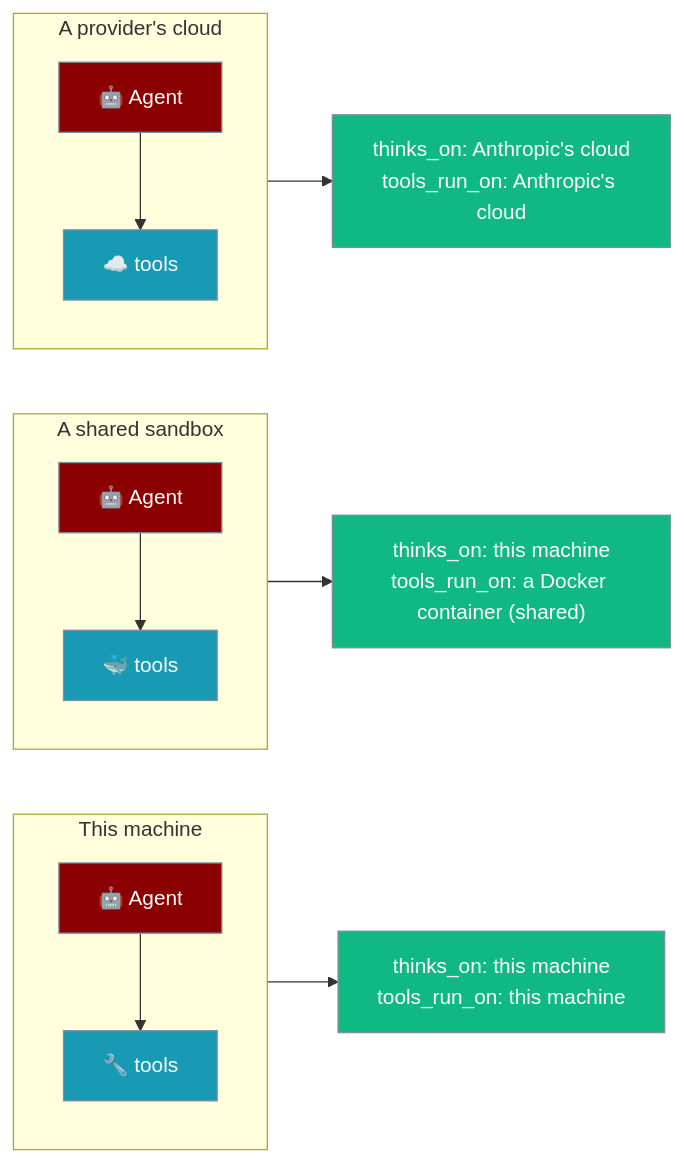
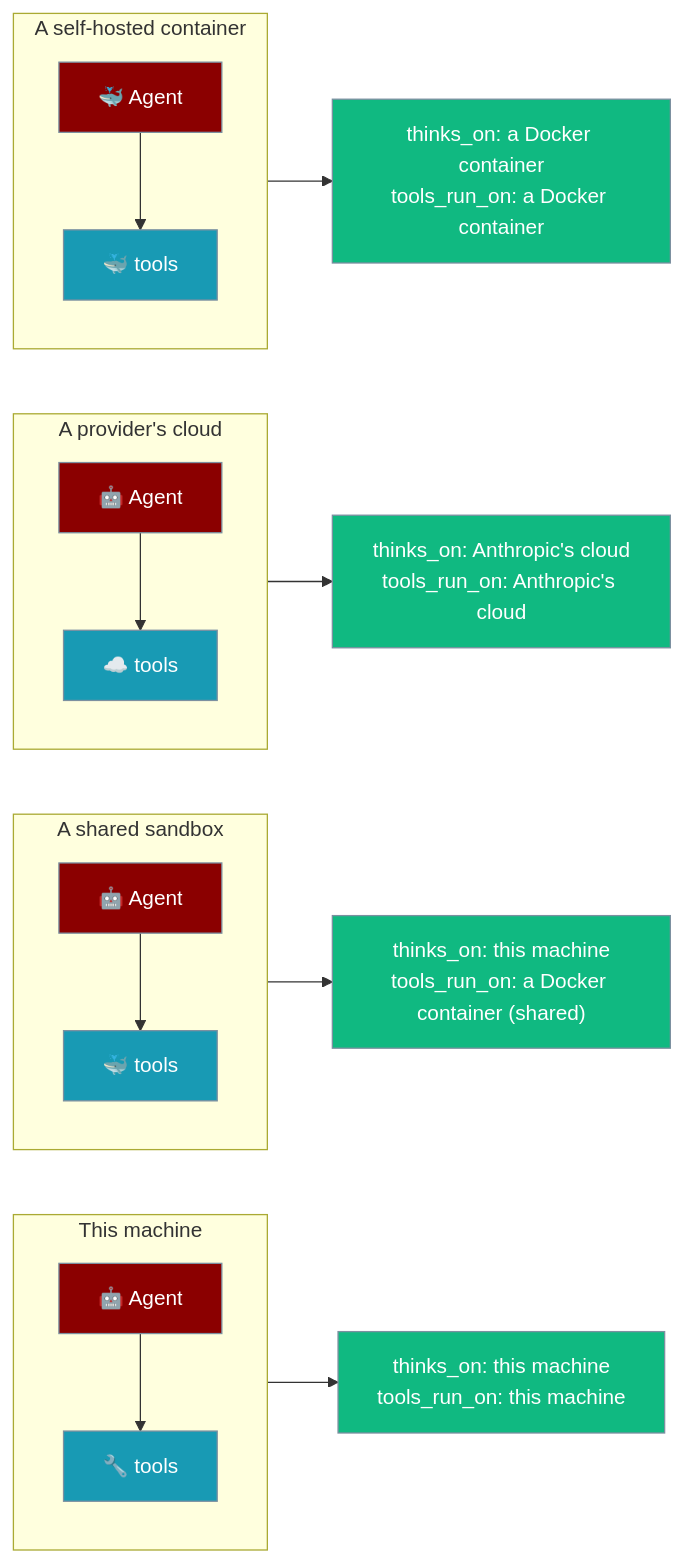
Before and after one commit to MervinPraison/PraisonAIDocs: the first of 2 diagrams in docs/features/where-does-it-run.mdx, drawn with Mermaid. The commit also changed other lines of this file and 4 other files, not shown here.

First line of the commit message:
docs: add run_on="docker" self-hosted whole-agent page (fixes #3055)

````diff
--- a/docs/features/where-does-it-run.mdx
+++ b/docs/features/where-does-it-run.mdx
@@ -10,28 +10,33 @@
 ```mermaid
 graph LR
     subgraph L1["This machine"]
         A1[🤖 Agent] --> T1[🔧 tools]
     end
     subgraph L2["A shared sandbox"]
         A2[🤖 Agent] --> T2[🐳 tools]
     end
     subgraph L3["A provider's cloud"]
         A3[🤖 Agent] --> T3[☁️ tools]
     end
+    subgraph L4["A self-hosted container"]
+        A4[🐳 Agent] --> T4[🐳 tools]
+    end
 
     B1["thinks_on: this machine<br/>tools_run_on: this machine"]
     B2["thinks_on: this machine<br/>tools_run_on: a Docker container (shared)"]
     B3["thinks_on: Anthropic's cloud<br/>tools_run_on: Anthropic's cloud"]
+    B4["thinks_on: a Docker container<br/>tools_run_on: a Docker container"]
 
     L1 --> B1
     L2 --> B2
     L3 --> B3
+    L4 --> B4
 
     classDef agent fill:#8B0000,stroke:#7C90A0,color:#fff
     classDef tool fill:#189AB4,stroke:#7C90A0,color:#fff
     classDef answer fill:#10B981,stroke:#7C90A0,color:#fff
 
-    class A1,A2,A3 agent
-    class T1,T2,T3 tool
-    class B1,B2,B3 answer
+    class A1,A2,A3,A4 agent
+    class T1,T2,T3,T4 tool
+    class B1,B2,B3,B4 answer
 ```
````
